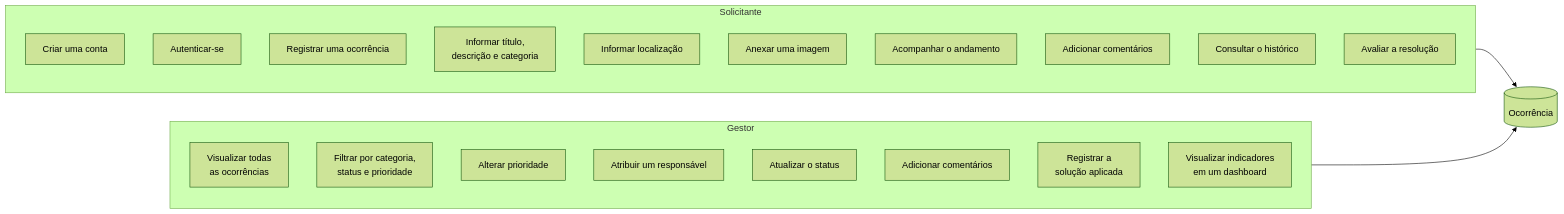
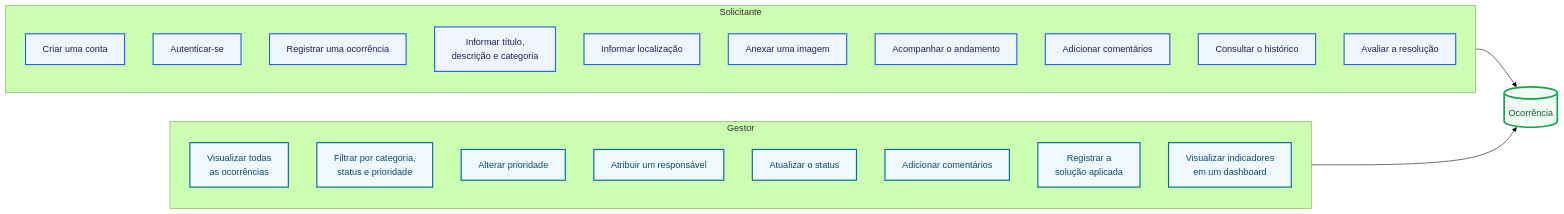
The second of 4 diagrams in docs/FLUXOGRAMA.md (AndreBorges-Git/resolve-ai), drawn with Mermaid (forest theme) before and after one commit. The commit also changed other lines of this file and 2 other files, not shown here.

````diff
--- a/docs/FLUXOGRAMA.md
+++ b/docs/FLUXOGRAMA.md
@@ -58,33 +70,41 @@
 ```mermaid
 flowchart LR
     subgraph SOL [Solicitante]
         direction TB
         S1[Criar uma conta]
         S2[Autenticar-se]
         S3[Registrar uma ocorrência]
         S4[Informar título,<br/>descrição e categoria]
         S5[Informar localização]
         S6[Anexar uma imagem]
         S7[Acompanhar o andamento]
         S8[Adicionar comentários]
         S9[Consultar o histórico]
         S10[Avaliar a resolução]
     end
 
     subgraph GES [Gestor]
         direction TB
         G1[Visualizar todas<br/>as ocorrências]
         G2[Filtrar por categoria,<br/>status e prioridade]
         G3[Alterar prioridade]
         G4[Atribuir um responsável]
         G5[Atualizar o status]
         G6[Adicionar comentários]
         G7[Registrar a<br/>solução aplicada]
         G8[Visualizar indicadores<br/>em um dashboard]
     end
 
     OC[(Ocorrência)]
 
     SOL --> OC
     GES --> OC
+
+    classDef solicitante fill:#EFF6FF,stroke:#2563EB,stroke-width:2px,color:#172554;
+    classDef gestor fill:#F0F9FF,stroke:#0369A1,stroke-width:2px,color:#0C4A6E;
+    classDef ocorrencia fill:#F0FDF4,stroke:#16A34A,stroke-width:3px,color:#14532D;
+
+    class S1,S2,S3,S4,S5,S6,S7,S8,S9,S10 solicitante;
+    class G1,G2,G3,G4,G5,G6,G7,G8 gestor;
+    class OC ocorrencia;
 ```
````
